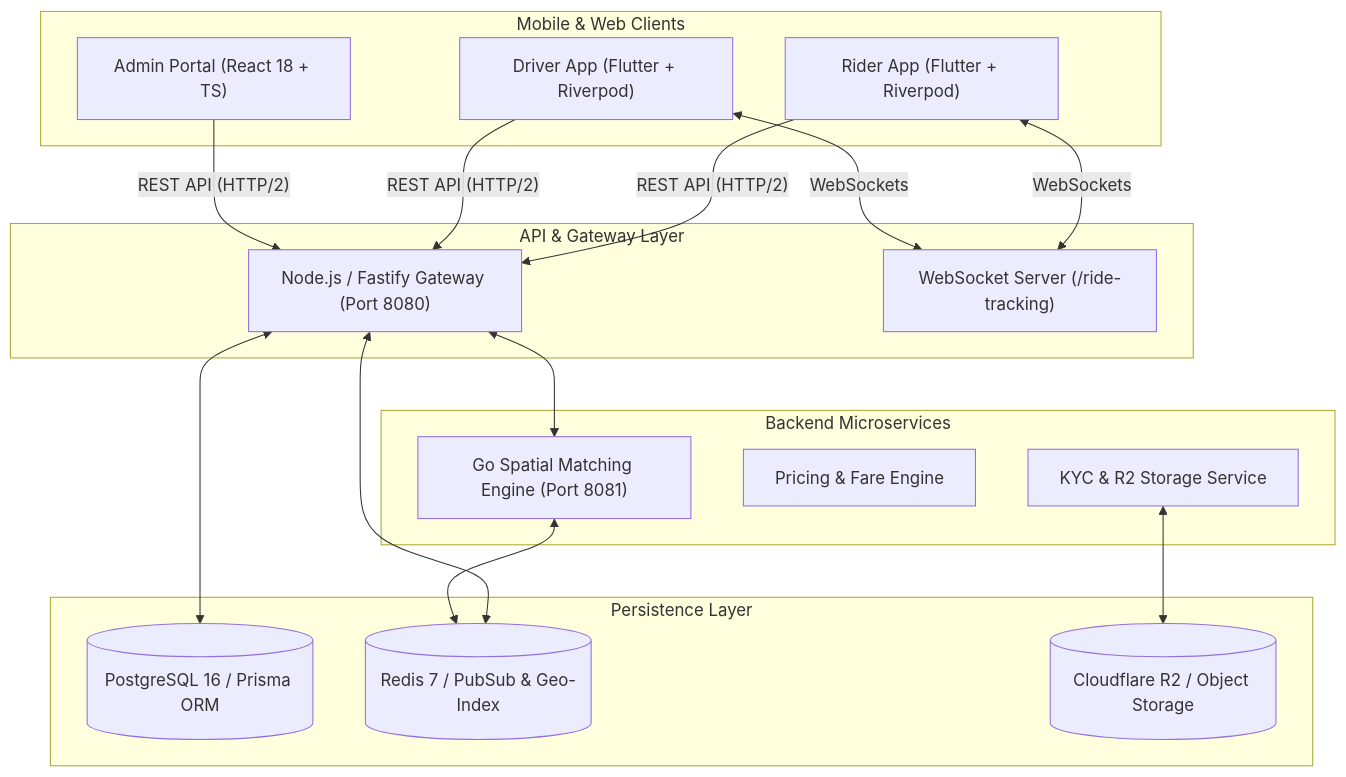
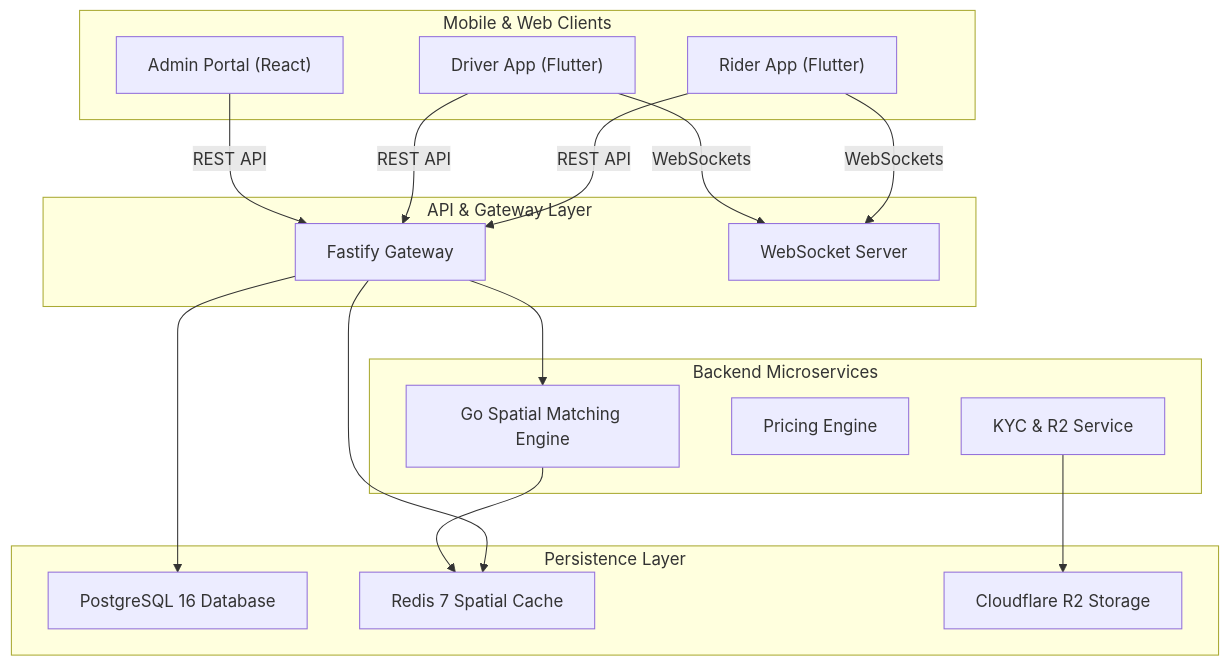
Before and after one commit to er-anubhav/ride-matching: the diagram in README.md, drawn with Mermaid.

Commit message:
Fix GitHub Mermaid layout engine error in README.md

````diff
--- a/README.md
+++ b/README.md
@@ -46,39 +46,39 @@
 ```mermaid
-flowchart TD
+graph TB
     subgraph Clients["Mobile & Web Clients"]
-        RA["Rider App (Flutter + Riverpod)"]
-        DA["Driver App (Flutter + Riverpod)"]
-        AP["Admin Portal (React 18 + TS)"]
+        RA["Rider App (Flutter)"]
+        DA["Driver App (Flutter)"]
+        AP["Admin Portal (React)"]
     end
 
     subgraph Gateway["API & Gateway Layer"]
-        API["Node.js / Fastify Gateway (Port 8080)"]
-        WS["WebSocket Server (/ride-tracking)"]
+        API["Fastify Gateway"]
+        WS["WebSocket Server"]
     end
 
     subgraph Services["Backend Microservices"]
-        GME["Go Spatial Matching Engine (Port 8081)"]
-        PE["Pricing & Fare Engine"]
-        KYC["KYC & R2 Storage Service"]
+        GME["Go Spatial Matching Engine"]
+        PE["Pricing Engine"]
+        KYC["KYC & R2 Service"]
     end
 
     subgraph Data["Persistence Layer"]
-        PG[("PostgreSQL 16 / Prisma ORM")]
-        RD[("Redis 7 / PubSub & Geo-Index")]
-        R2[("Cloudflare R2 / Object Storage")]
+        PG["PostgreSQL 16 Database"]
+        RD["Redis 7 Spatial Cache"]
+        R2["Cloudflare R2 Storage"]
     end
 
-    RA -->|"REST API (HTTP/2)"| API
-    DA -->|"REST API (HTTP/2)"| API
-    AP -->|"REST API (HTTP/2)"| API
+    RA -->|REST API| API
+    DA -->|REST API| API
+    AP -->|REST API| API
 
-    RA <-->|"WebSockets"| WS
-    DA <-->|"WebSockets"| WS
+    RA -->|WebSockets| WS
+    DA -->|WebSockets| WS
 
-    API <--> PG
-    API <--> RD
-    API <--> GME
+    API --> PG
+    API --> RD
+    API --> GME
 
-    GME <--> RD
-    KYC <--> R2
+    GME --> RD
+    KYC --> R2
 ```
````
